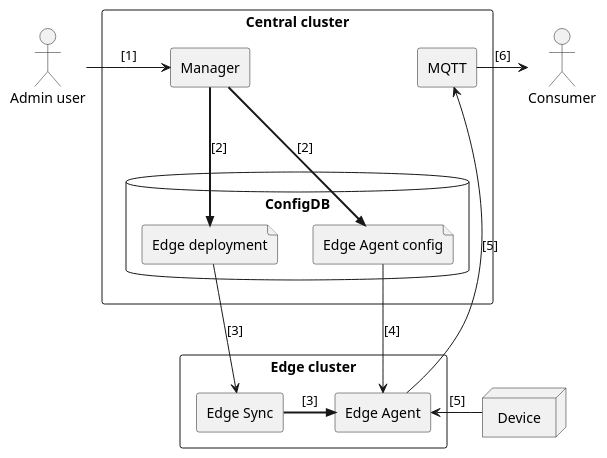
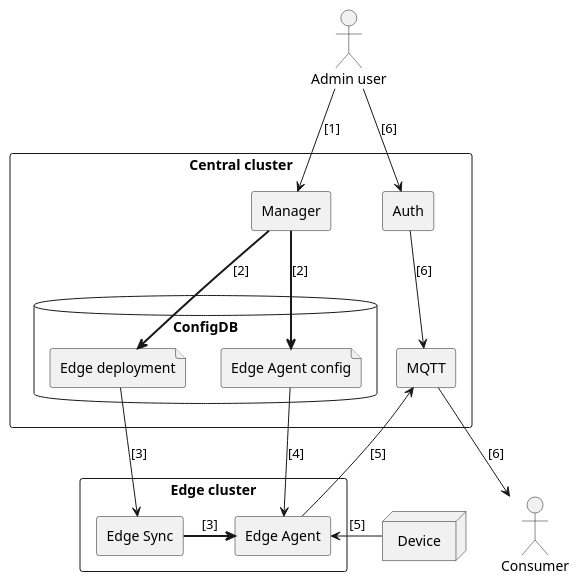
Before and after one commit to AMRC-FactoryPlus/amrc-connectivity-stack: the diagram in docs/dyn-deploy/v3-deploy.puml, drawn with PlantUML. The commit also changed 2 other files, not shown here.

Commit message:
Include the Auth changes in the diagrams
Automatic Auth adjustments are a fairly important part of the process
here.

```diff
--- a/docs/dyn-deploy/v3-deploy.puml
+++ b/docs/dyn-deploy/v3-deploy.puml
@@ -1,34 +1,38 @@
 @startuml
 
 actor "Admin user" as admin
 actor "Consumer" as consumer
 node "Device" as device
 
 rectangle "Central cluster" {
     agent "Manager" as manager
     agent "MQTT" as mqtt
+    agent "Auth" as auth
 
     database "ConfigDB" as configdb {
         file "Edge deployment" as deployment
         file "Edge Agent config" as config
     }
 }
 
 rectangle "Edge cluster" {
     agent "Edge Sync" as sync
     agent "Edge Agent" as agent
 }
 
 admin -> manager        : [1]
-manager ==>> deployment : [2]
-manager ==>> config     : [2]
+manager ==> deployment  : [2]
+manager ==> config      : [2]
 
 deployment --> sync     : [3]
-sync =>> agent          : [3]
+sync => agent           : [3]
 config --> agent        : [4]
 
 device -> agent         : [5]
 agent -> mqtt           : [5]
-mqtt -> consumer        : [6]
+
+admin --> auth          : [6]
+auth --> mqtt           : [6]
+mqtt --> consumer     : [6]
 
 @enduml
```
